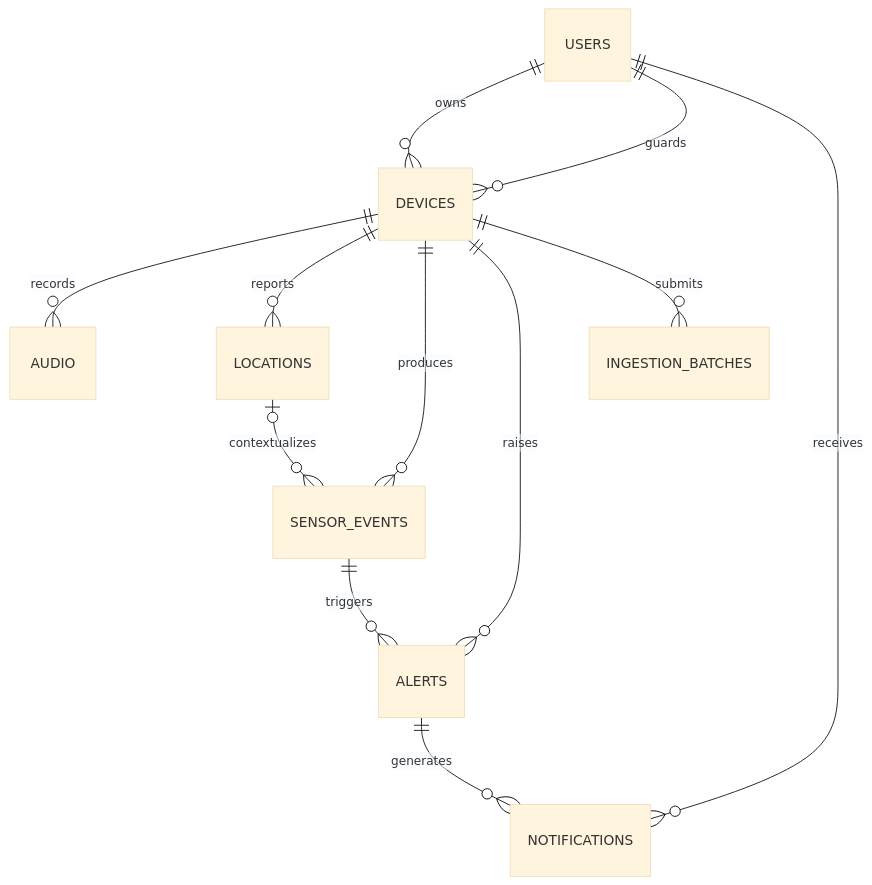
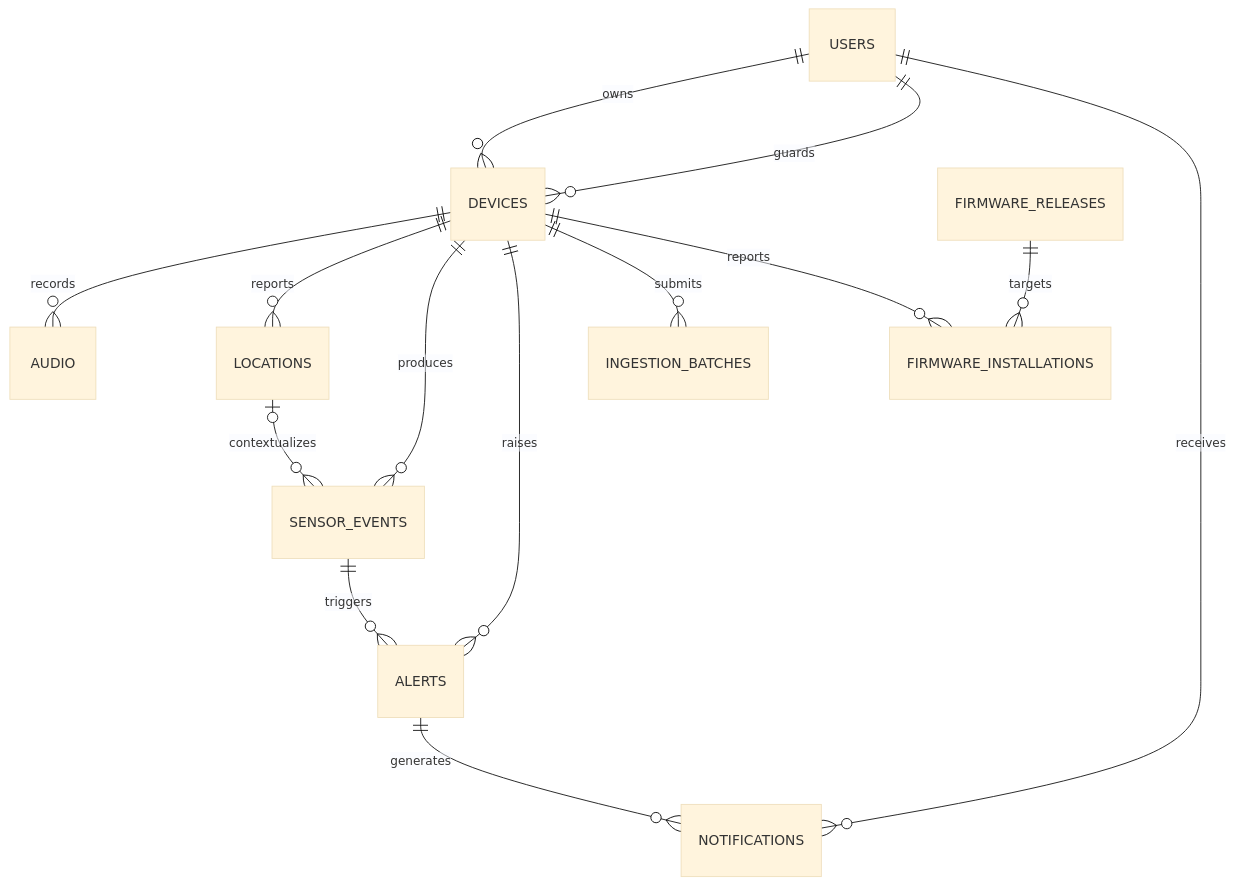
Before and after one commit to Taiwan-2026-Hackathon-Team/canepanion-server: the diagram in docs/schema.md, drawn with Mermaid (base theme). The commit also changed other lines of this file and 1 other file, not shown here.

Commit message:
📝docs: update api & schema information

````diff
--- a/docs/schema.md
+++ b/docs/schema.md
@@ -9,14 +9,16 @@
 ```mermaid
 erDiagram
     USERS ||--o{ DEVICES : owns
     USERS ||--o{ DEVICES : guards
     USERS ||--o{ NOTIFICATIONS : receives
     DEVICES ||--o{ AUDIO : records
     DEVICES ||--o{ LOCATIONS : reports
     DEVICES ||--o{ SENSOR_EVENTS : produces
     DEVICES ||--o{ ALERTS : raises
     DEVICES ||--o{ INGESTION_BATCHES : submits
+    DEVICES ||--o{ FIRMWARE_INSTALLATIONS : reports
+    FIRMWARE_RELEASES ||--o{ FIRMWARE_INSTALLATIONS : targets
     LOCATIONS o|--o{ SENSOR_EVENTS : contextualizes
     SENSOR_EVENTS ||--o{ ALERTS : triggers
     ALERTS ||--o{ NOTIFICATIONS : generates
 ```
````
